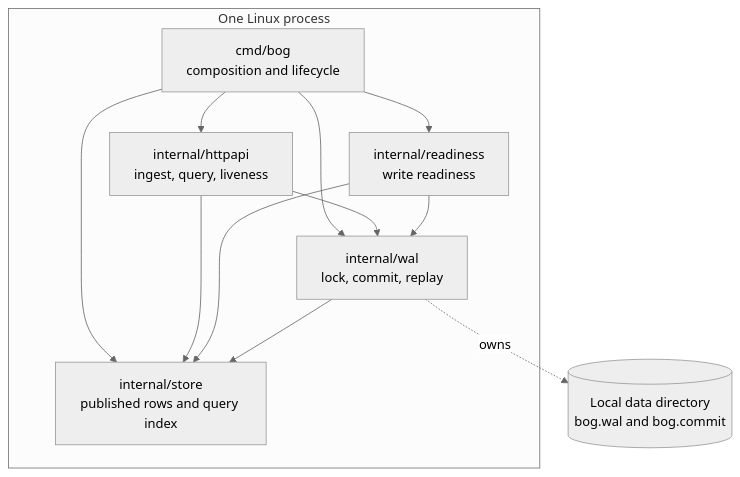
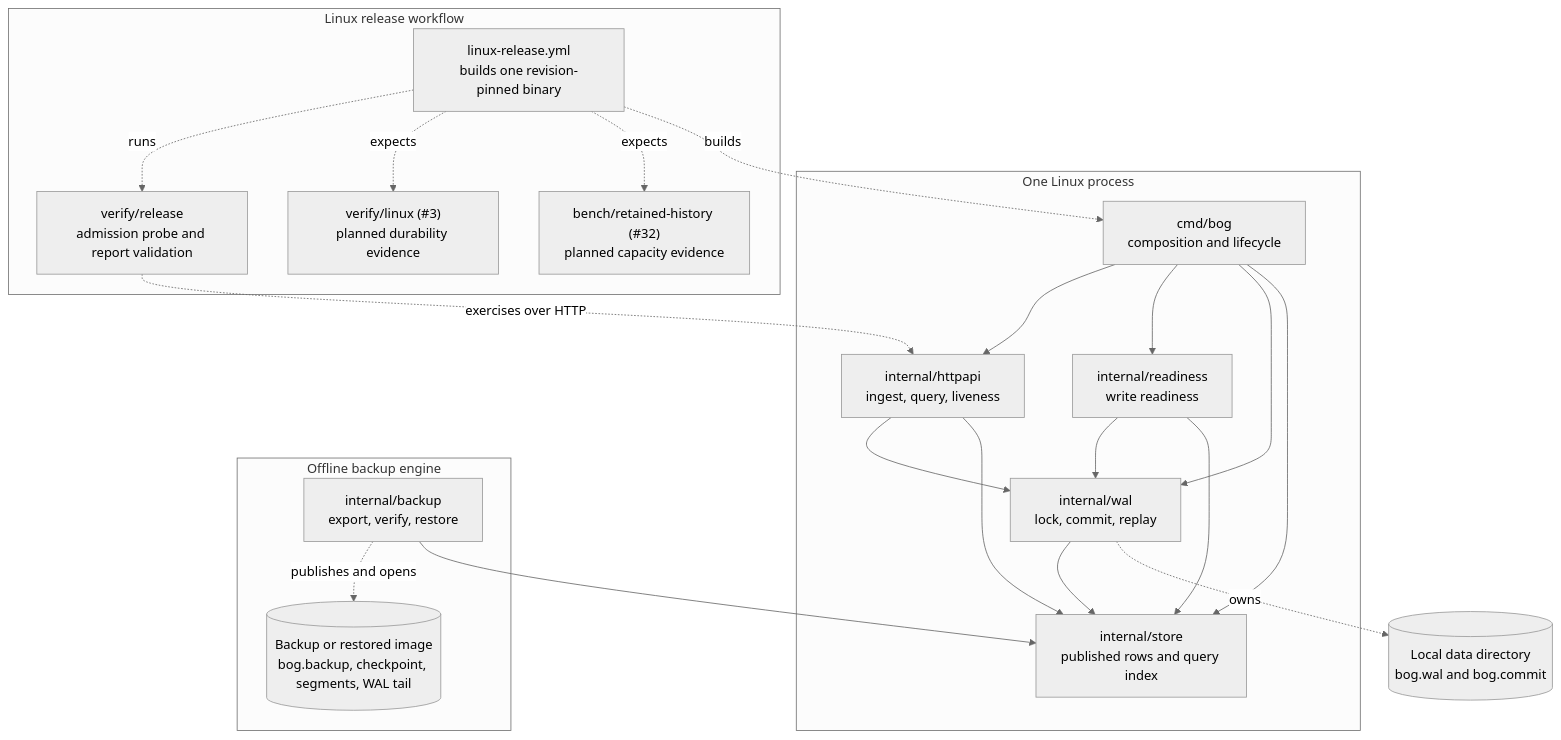
One commit to tflynn3/bog changed the diagram in docs/architecture/SYSTEM.md. Above: the diagram before and after it, drawn with Mermaid (neutral theme). The commit also changed other lines of this file and 4 other files, not shown here.

Commit message:
bog: Bring the architecture registry and PR check up to date

````diff
--- a/docs/architecture/SYSTEM.md
+++ b/docs/architecture/SYSTEM.md
@@ -22,20 +22,37 @@
 ```mermaid
 flowchart TD
     subgraph Runtime["One Linux process"]
         Cmd["cmd/bog<br/>composition and lifecycle"]
         HTTP["internal/httpapi<br/>ingest, query, liveness"]
         Ready["internal/readiness<br/>write readiness"]
         WAL["internal/wal<br/>lock, commit, replay"]
         Store["internal/store<br/>published rows and query index"]
         Cmd --> HTTP
         Cmd --> Ready
         Cmd --> WAL
         Cmd --> Store
         HTTP --> WAL
         HTTP --> Store
         Ready --> WAL
         Ready --> Store
         WAL --> Store
     end
     WAL -. owns .-> Data[("Local data directory<br/>bog.wal and bog.commit")]
+    subgraph Offline["Offline backup engine"]
+        Backup["internal/backup<br/>export, verify, restore"]
+        Image[("Backup or restored image<br/>bog.backup, checkpoint, segments, WAL tail")]
+        Backup -. publishes and opens .-> Image
+    end
+    Backup --> Store
+    subgraph Evidence["Linux release workflow"]
+        Gate["linux-release.yml<br/>builds one revision-pinned binary"]
+        Admission["verify/release<br/>admission probe and report validation"]
+        Durability["verify/linux (#3)<br/>planned durability evidence"]
+        Capacity["bench/retained-history (#32)<br/>planned capacity evidence"]
+        Gate -. runs .-> Admission
+        Gate -. expects .-> Durability
+        Gate -. expects .-> Capacity
+    end
+    Gate -. builds .-> Cmd
+    Admission -. exercises over HTTP .-> HTTP
 ```
````
